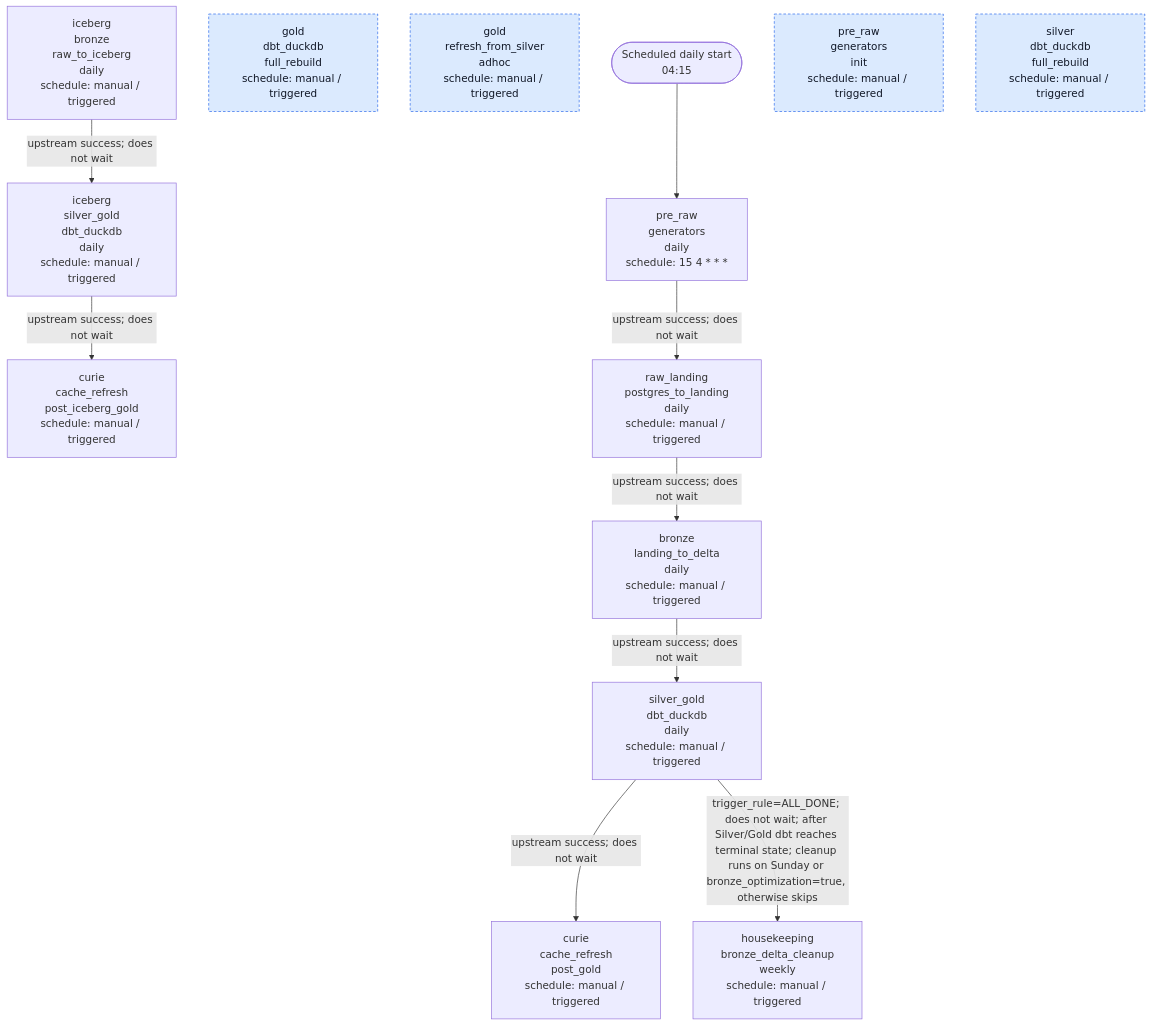
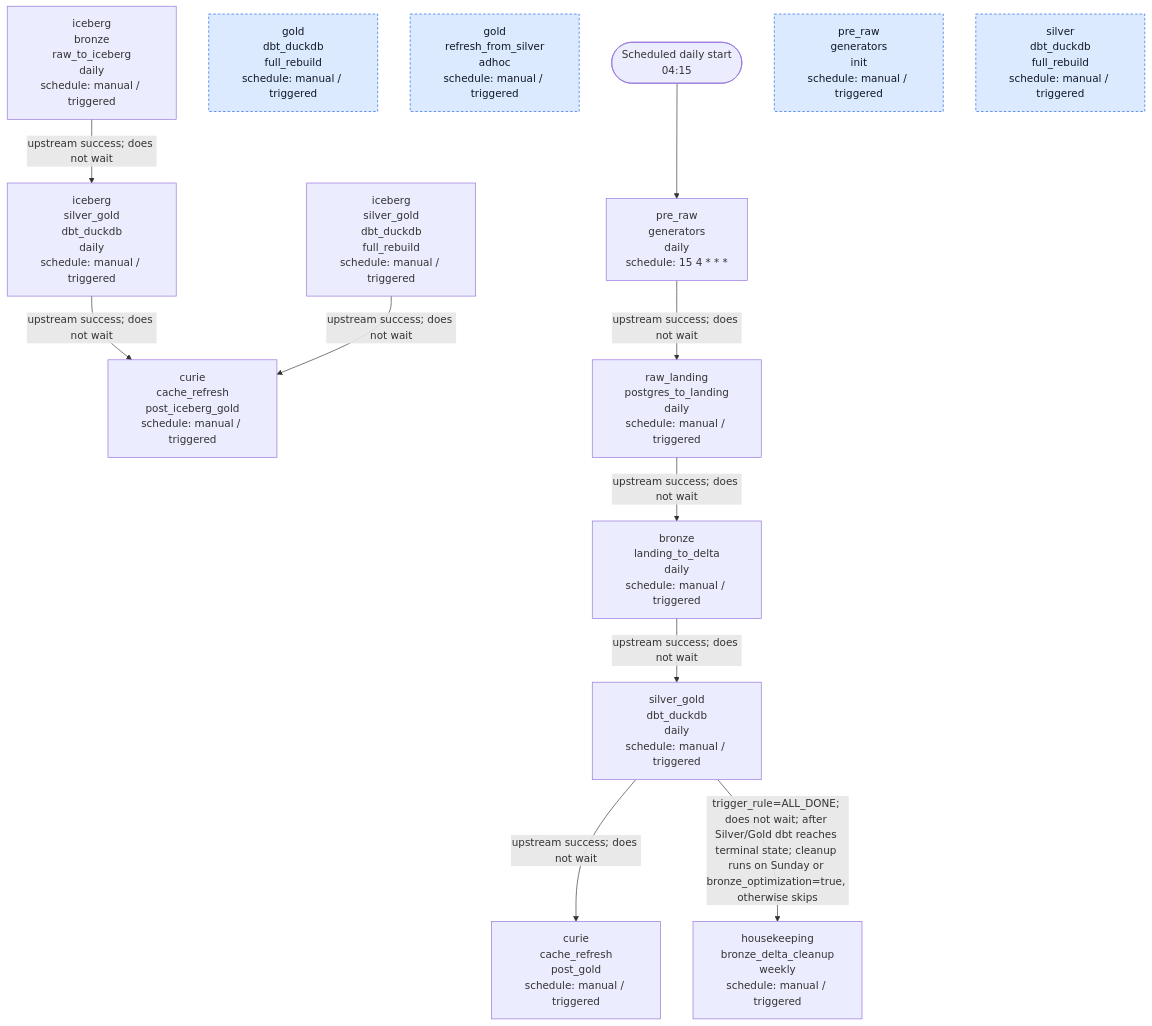
Before and after one commit to AntonMiniazev/ampere_project: the diagram in docs/dataflow/diagrams/airflow_dags.mmd, drawn with Mermaid. The commit also changed 7 other files, not shown here.

Commit message:
feat(iceberg): add full-history rebuild DAG

```diff
--- a/docs/dataflow/diagrams/airflow_dags.mmd
+++ b/docs/dataflow/diagrams/airflow_dags.mmd
@@ -1,30 +1,32 @@
 flowchart TD
     START(["Scheduled daily start<br/>04:15"])
     D_AMPERE__BRONZE__LANDING_TO_DELTA__DAILY["bronze<br/>landing_to_delta<br/>daily<br/>schedule: manual / triggered"]
     D_AMPERE__CURIE__CACHE_REFRESH__POST_GOLD["curie<br/>cache_refresh<br/>post_gold<br/>schedule: manual / triggered"]
     D_AMPERE__CURIE__CACHE_REFRESH__POST_ICEBERG_GOLD["curie<br/>cache_refresh<br/>post_iceberg_gold<br/>schedule: manual / triggered"]
     D_AMPERE__GOLD__DBT_DUCKDB__FULL_REBUILD["gold<br/>dbt_duckdb<br/>full_rebuild<br/>schedule: manual / triggered"]
     D_AMPERE__GOLD__REFRESH_FROM_SILVER__ADHOC["gold<br/>refresh_from_silver<br/>adhoc<br/>schedule: manual / triggered"]
     D_AMPERE__HOUSEKEEPING__BRONZE_DELTA_CLEANUP__WEEKLY["housekeeping<br/>bronze_delta_cleanup<br/>weekly<br/>schedule: manual / triggered"]
     D_AMPERE__ICEBERG__BRONZE__RAW_TO_ICEBERG__DAILY["iceberg<br/>bronze<br/>raw_to_iceberg<br/>daily<br/>schedule: manual / triggered"]
     D_AMPERE__ICEBERG__SILVER_GOLD__DBT_DUCKDB__DAILY["iceberg<br/>silver_gold<br/>dbt_duckdb<br/>daily<br/>schedule: manual / triggered"]
+    D_AMPERE__ICEBERG__SILVER_GOLD__DBT_DUCKDB__FULL_REBUILD["iceberg<br/>silver_gold<br/>dbt_duckdb<br/>full_rebuild<br/>schedule: manual / triggered"]
     D_AMPERE__PRE_RAW__GENERATORS__DAILY["pre_raw<br/>generators<br/>daily<br/>schedule: 15 4 * * *"]
     D_AMPERE__PRE_RAW__GENERATORS__INIT["pre_raw<br/>generators<br/>init<br/>schedule: manual / triggered"]
     D_AMPERE__RAW_LANDING__POSTGRES_TO_LANDING__DAILY["raw_landing<br/>postgres_to_landing<br/>daily<br/>schedule: manual / triggered"]
     D_AMPERE__SILVER__DBT_DUCKDB__FULL_REBUILD["silver<br/>dbt_duckdb<br/>full_rebuild<br/>schedule: manual / triggered"]
     D_AMPERE__SILVER_GOLD__DBT_DUCKDB__DAILY["silver_gold<br/>dbt_duckdb<br/>daily<br/>schedule: manual / triggered"]
 
     START --> D_AMPERE__PRE_RAW__GENERATORS__DAILY
     D_AMPERE__BRONZE__LANDING_TO_DELTA__DAILY -->|"upstream success; does not wait"| D_AMPERE__SILVER_GOLD__DBT_DUCKDB__DAILY
     D_AMPERE__ICEBERG__BRONZE__RAW_TO_ICEBERG__DAILY -->|"upstream success; does not wait"| D_AMPERE__ICEBERG__SILVER_GOLD__DBT_DUCKDB__DAILY
     D_AMPERE__ICEBERG__SILVER_GOLD__DBT_DUCKDB__DAILY -->|"upstream success; does not wait"| D_AMPERE__CURIE__CACHE_REFRESH__POST_ICEBERG_GOLD
+    D_AMPERE__ICEBERG__SILVER_GOLD__DBT_DUCKDB__FULL_REBUILD -->|"upstream success; does not wait"| D_AMPERE__CURIE__CACHE_REFRESH__POST_ICEBERG_GOLD
     D_AMPERE__PRE_RAW__GENERATORS__DAILY -->|"upstream success; does not wait"| D_AMPERE__RAW_LANDING__POSTGRES_TO_LANDING__DAILY
     D_AMPERE__RAW_LANDING__POSTGRES_TO_LANDING__DAILY -->|"upstream success; does not wait"| D_AMPERE__BRONZE__LANDING_TO_DELTA__DAILY
     D_AMPERE__SILVER_GOLD__DBT_DUCKDB__DAILY -->|"upstream success; does not wait"| D_AMPERE__CURIE__CACHE_REFRESH__POST_GOLD
     D_AMPERE__SILVER_GOLD__DBT_DUCKDB__DAILY -->|"trigger_rule=ALL_DONE; does not wait; after Silver/Gold dbt reaches terminal state; cleanup runs on Sunday or bronze_optimization=true, otherwise skips"| D_AMPERE__HOUSEKEEPING__BRONZE_DELTA_CLEANUP__WEEKLY
 
     D_AMPERE__PRE_RAW__GENERATORS__INIT:::manual
     D_AMPERE__SILVER__DBT_DUCKDB__FULL_REBUILD:::manual
     D_AMPERE__GOLD__DBT_DUCKDB__FULL_REBUILD:::manual
     D_AMPERE__GOLD__REFRESH_FROM_SILVER__ADHOC:::manual
     classDef manual fill:#dbeafe,stroke:#2563eb,color:#111827,stroke-dasharray: 4 3
```
